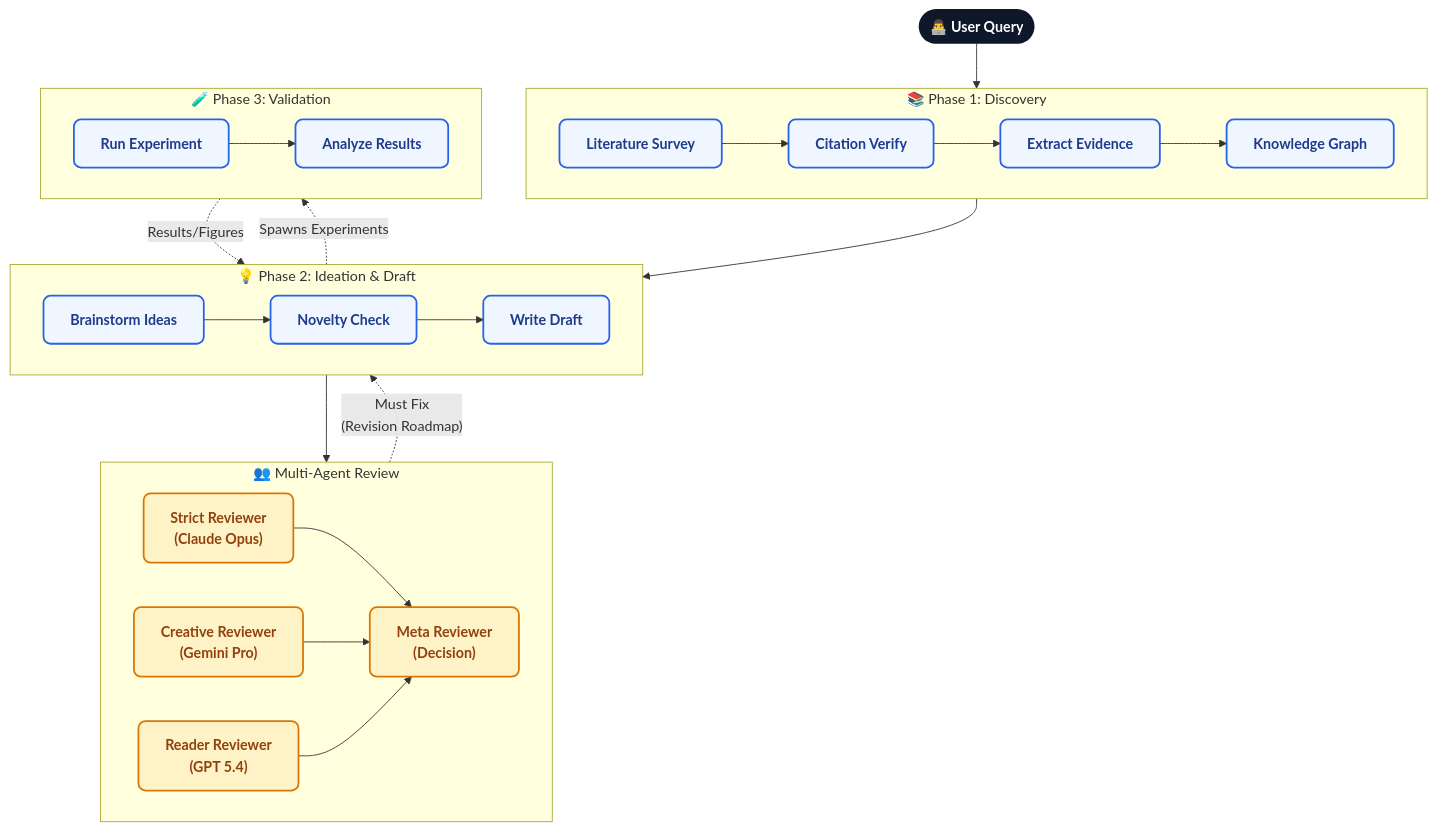
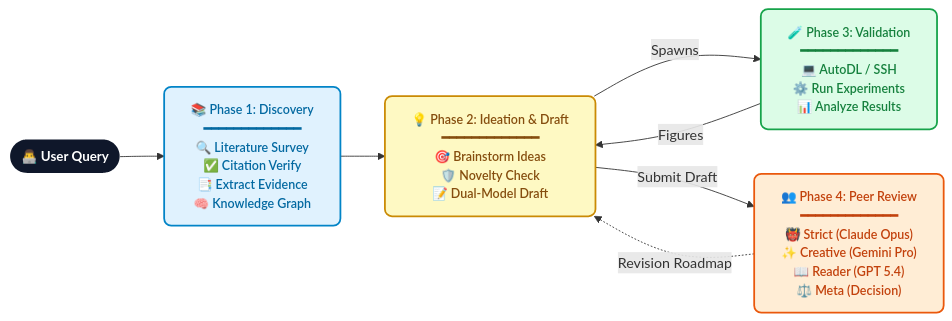
Before and after one commit to ChunqiGuo02/NeXus: the diagram in README.md, drawn with Mermaid.

````diff
--- a/README.md
+++ b/README.md
@@ -24,47 +24,25 @@
 ```mermaid
-flowchart TD
-    classDef entry fill:#0f172a,color:#ffffff,stroke:none,rx:10,ry:10,font-weight:bold,font-size:16px
-    classDef step fill:#eff6ff,stroke:#2563eb,stroke-width:2px,rx:8,ry:8,color:#1e3a8a,font-weight:bold
-    classDef review fill:#fef3c7,stroke:#d97706,stroke-width:2px,rx:8,ry:8,color:#92400e,font-weight:bold
-    classDef metric fill:#f3f4f6,stroke:#9ca3af,stroke-width:1px,rx:5,ry:5,color:#374151,font-size:12px
+flowchart LR
+    classDef entry fill:#0f172a,color:#ffffff,stroke:none,rx:8,ry:8,font-weight:bold,font-size:15px
+    classDef phase1 fill:#e0f2fe,stroke:#0284c7,stroke-width:2px,rx:8,ry:8,color:#0369a1,font-weight:600,font-size:14px
+    classDef phase2 fill:#fef9c3,stroke:#ca8a04,stroke-width:2px,rx:8,ry:8,color:#854d0e,font-weight:600,font-size:14px
+    classDef phase3 fill:#dcfce7,stroke:#16a34a,stroke-width:2px,rx:8,ry:8,color:#15803d,font-weight:600,font-size:14px
+    classDef phase4 fill:#ffedd5,stroke:#ea580c,stroke-width:2px,rx:8,ry:8,color:#c2410c,font-weight:600,font-size:14px
     
     U(["👨‍💻 User Query"]):::entry
+    
+    P1["📚 Phase 1: Discovery<br>━━━━━━━━━━━━━<br>🔍 Literature Survey<br>✅ Citation Verify<br>📑 Extract Evidence<br>🧠 Knowledge Graph"]:::phase1
+    
+    P2["💡 Phase 2: Ideation & Draft<br>━━━━━━━━━━━━━<br>🎯 Brainstorm Ideas<br>🛡️ Novelty Check<br>📝 Dual-Model Draft"]:::phase2
+    
+    P3["🧪 Phase 3: Validation<br>━━━━━━━━━━━━━<br>💻 AutoDL / SSH<br>⚙️ Run Experiments<br>📊 Analyze Results"]:::phase3
 
-    subgraph Phase1 ["📚 Phase 1: Discovery"]
-        direction LR
-        S["Literature Survey"]:::step --> V["Citation Verify"]:::step 
-        V --> E["Extract Evidence"]:::step 
-        E --> K["Knowledge Graph"]:::step
-    end
+    P4["👥 Phase 4: Peer Review<br>━━━━━━━━━━━━━<br>👹 Strict (Claude Opus)<br>✨ Creative (Gemini Pro)<br>📖 Reader (GPT 5.4)<br>⚖️ Meta (Decision)"]:::phase4
 
-    subgraph Phase2 ["💡 Phase 2: Ideation & Draft"]
-        direction LR
-        B["Brainstorm Ideas"]:::step --> N["Novelty Check"]:::step 
-        N --> D["Write Draft"]:::step
-    end
-    
-    subgraph MultiReview ["👥 Multi-Agent Review"]
-        direction LR
-        M_A["Strict Reviewer\n(Claude Opus)"]:::review
-        M_B["Creative Reviewer\n(Gemini Pro)"]:::review
-        M_C["Reader Reviewer\n(GPT 5.4)"]:::review
-        Meta["Meta Reviewer\n(Decision)"]:::review
-        
-        M_A & M_B & M_C --> Meta
-    end
-
-    subgraph Phase3 ["🧪 Phase 3: Validation"]
-        direction LR
-        R["Run Experiment"]:::step --> A["Analyze Results"]:::step 
-    end
-
-    %% Main Flow
-    U --> Phase1
-    K --> Phase2
-    D --> MultiReview
-    Phase2 -. "Spawns Experiments" .-> Phase3
-    Phase3 -. "Results/Figures" .-> D
-    
-    %% Auto-revision loops
-    Meta -. "Must Fix\n(Revision Roadmap)" .-> D
+    U --> P1
+    P1 --> P2
+    P2 -->|"Spawns"| P3
+    P3 -->|"Figures"| P2
+    P2 -->|"Submit Draft"| P4
+    P4 -.->|"Revision Roadmap"| P2
 ```
````
